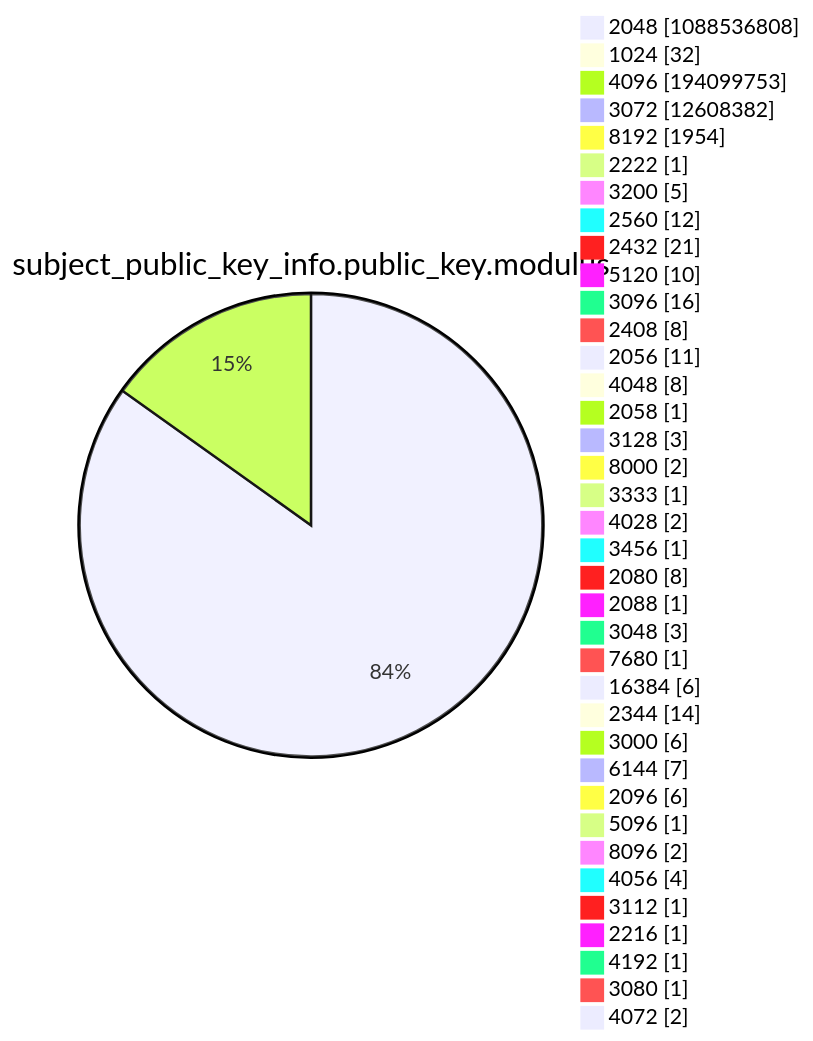
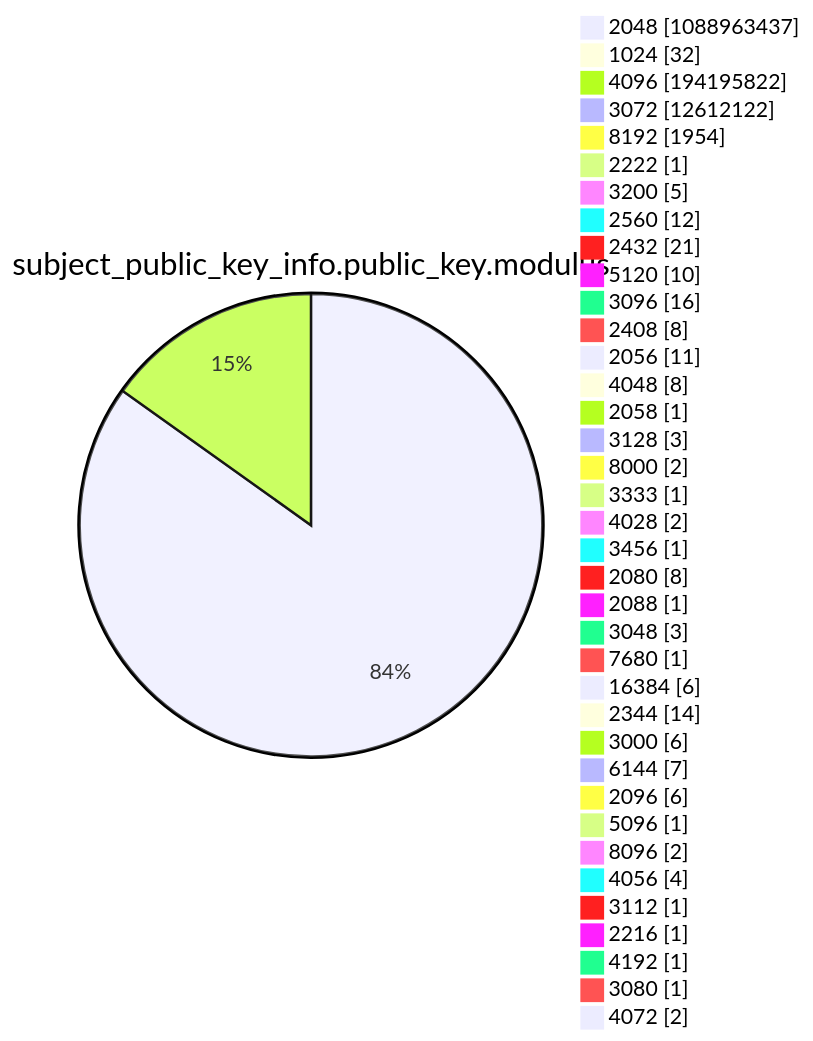
Before and after one commit to christiankrug/ctmonitor_visualization: diagram 13 of 15 in argon2022/README.md, drawn with Mermaid. The commit also changed other lines of this file, not shown here.

````diff
--- a/argon2022/README.md
+++ b/argon2022/README.md
@@ -3589,41 +3589,41 @@
 ```mermaid
 pie showData
 title subject_public_key_info.public_key.modulus
-"2048" :1088536808
+"2048" :1088963437
 "1024" :32
-"4096" :194099753
-"3072" :12608382
+"4096" :194195822
+"3072" :12612122
 "8192" :1954
 "2222" :1
 "3200" :5
 "2560" :12
 "2432" :21
 "5120" :10
 "3096" :16
 "2408" :8
 "2056" :11
 "4048" :8
 "2058" :1
 "3128" :3
 "8000" :2
 "3333" :1
 "4028" :2
 "3456" :1
 "2080" :8
 "2088" :1
 "3048" :3
 "7680" :1
 "16384" :6
 "2344" :14
 "3000" :6
 "6144" :7
 "2096" :6
 "5096" :1
 "8096" :2
 "4056" :4
 "3112" :1
 "2216" :1
 "4192" :1
 "3080" :1
 "4072" :2
 ```
````
